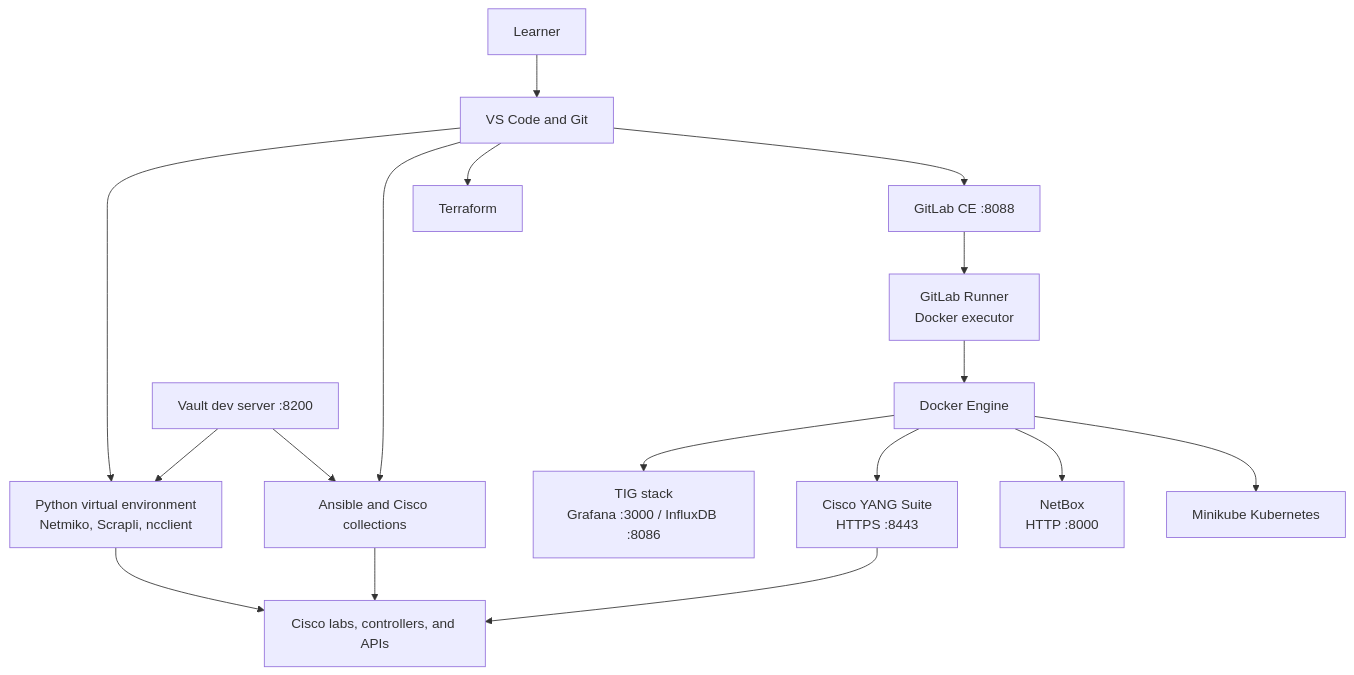
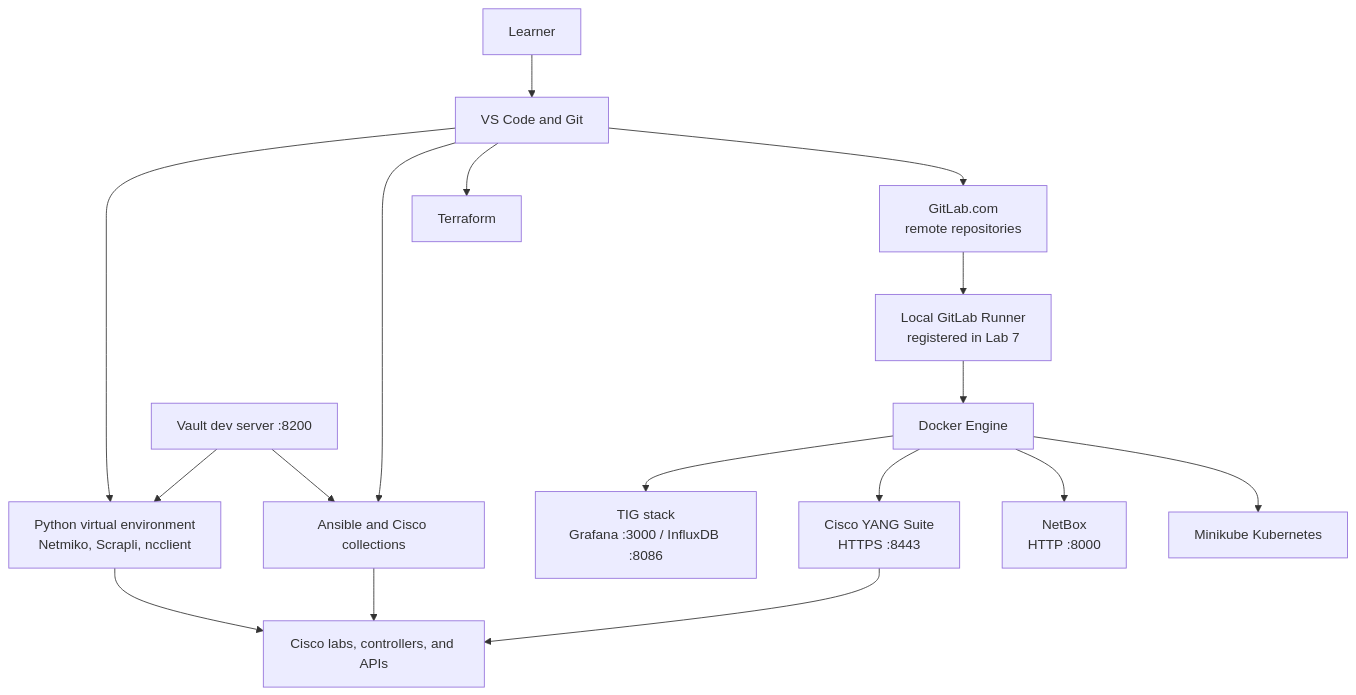
One commit to tanthanh85/CCNPAUTO changed the diagram in LAB/Lab1/Lab1.md. Above: the diagram before and after it, drawn with Mermaid. The commit also changed other lines of this file and 12 other files, not shown here.

````diff
--- a/LAB/Lab1/Lab1.md
+++ b/LAB/Lab1/Lab1.md
@@ -46,20 +46,20 @@
 ```mermaid
 flowchart TB
     Learner["Learner"] --> VSCode["VS Code and Git"]
     VSCode --> Python["Python virtual environment<br/>Netmiko, Scrapli, ncclient"]
     VSCode --> Ansible["Ansible and Cisco collections"]
     VSCode --> IaC["Terraform"]
-    VSCode --> GitLab["GitLab CE :8088"]
-    GitLab --> Runner["GitLab Runner<br/>Docker executor"]
+    VSCode --> GitLab["GitLab.com<br/>remote repositories"]
+    GitLab --> Runner["Local GitLab Runner<br/>registered in Lab 7"]
 
     Docker["Docker Engine"] --> TIG["TIG stack<br/>Grafana :3000 / InfluxDB :8086"]
     Docker --> YANG["Cisco YANG Suite<br/>HTTPS :8443"]
     Docker --> NetBox["NetBox<br/>HTTP :8000"]
     Docker --> K8s["Minikube Kubernetes"]
     Runner --> Docker
     Python --> Devices["Cisco labs, controllers, and APIs"]
     Ansible --> Devices
     YANG --> Devices
     Vault["Vault dev server :8200"] --> Python
     Vault --> Ansible
 ```
````
